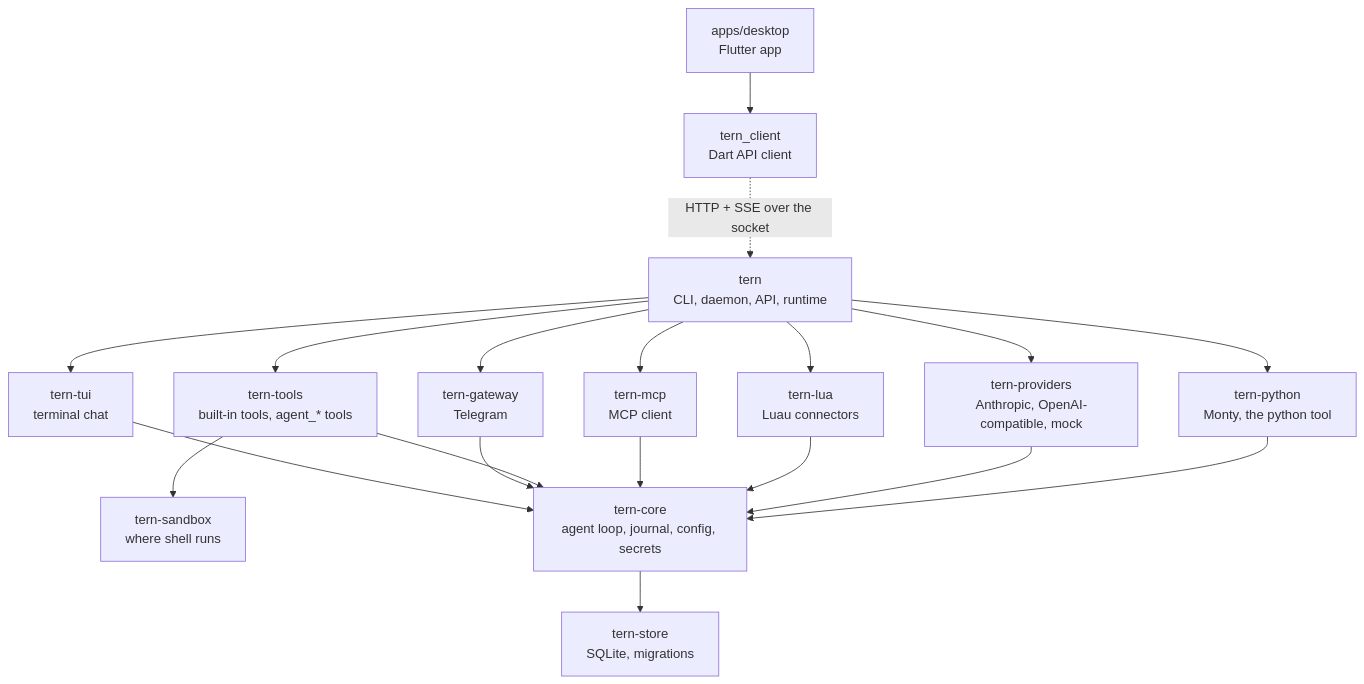
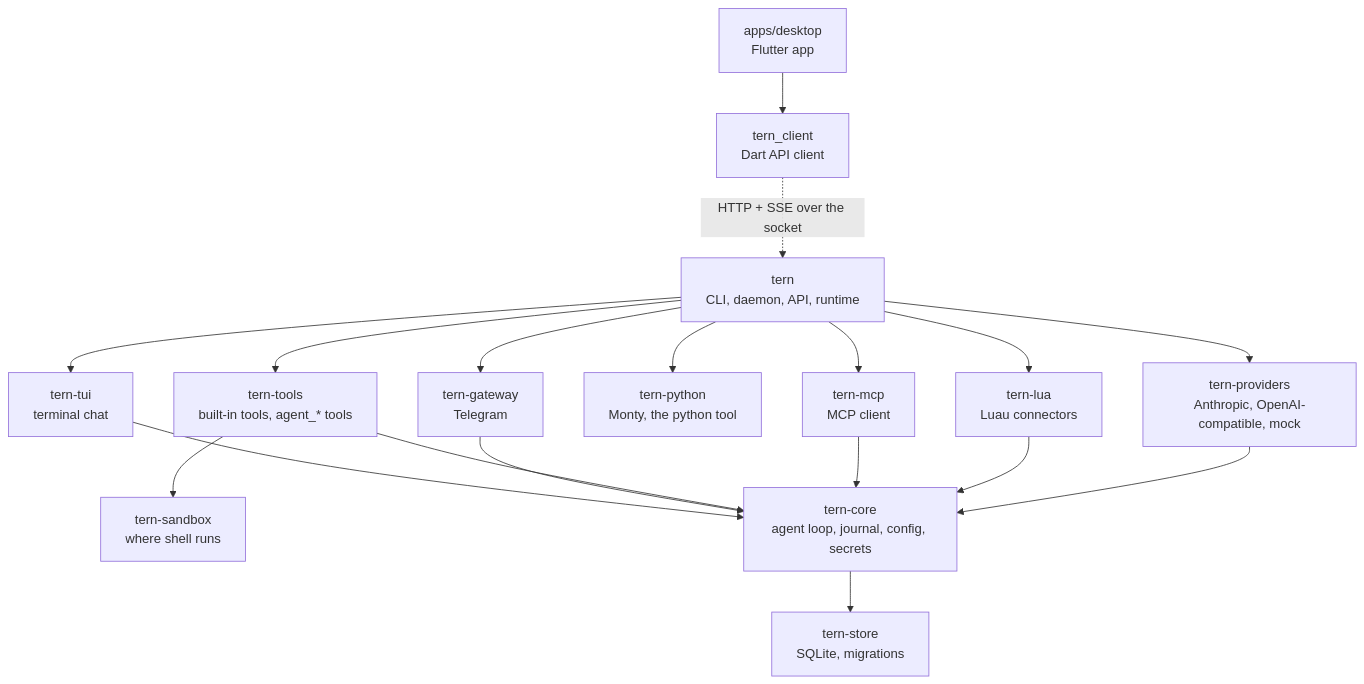
Before and after one commit to mitchellalderson/tern-agent: the fifth of 5 diagrams in README.md, drawn with Mermaid.

Commit message:
README: tern-python is not a core dependency

````diff
--- a/README.md
+++ b/README.md
@@ -219,22 +219,22 @@
 ```mermaid
 flowchart TB
     tern["tern<br/>CLI, daemon, API, runtime"]
     tui["tern-tui<br/>terminal chat"]
     gateway["tern-gateway<br/>Telegram"]
     tools["tern-tools<br/>built-in tools, agent_* tools"]
     python["tern-python<br/>Monty, the python tool"]
     mcp["tern-mcp<br/>MCP client"]
     lua["tern-lua<br/>Luau connectors"]
     providers["tern-providers<br/>Anthropic, OpenAI-compatible, mock"]
     sandbox["tern-sandbox<br/>where shell runs"]
     core["tern-core<br/>agent loop, journal, config, secrets"]
     store["tern-store<br/>SQLite, migrations"]
 
     tern --> tui & gateway & tools & mcp & lua & providers & python
-    tui & gateway & tools & mcp & lua & providers & python --> core
+    tui & gateway & tools & mcp & lua & providers --> core
     tools --> sandbox
     core --> store
 
     dart["apps/desktop<br/>Flutter app"] --> client["tern_client<br/>Dart API client"]
     client -. "HTTP + SSE over the socket" .-> tern
 ```
````
